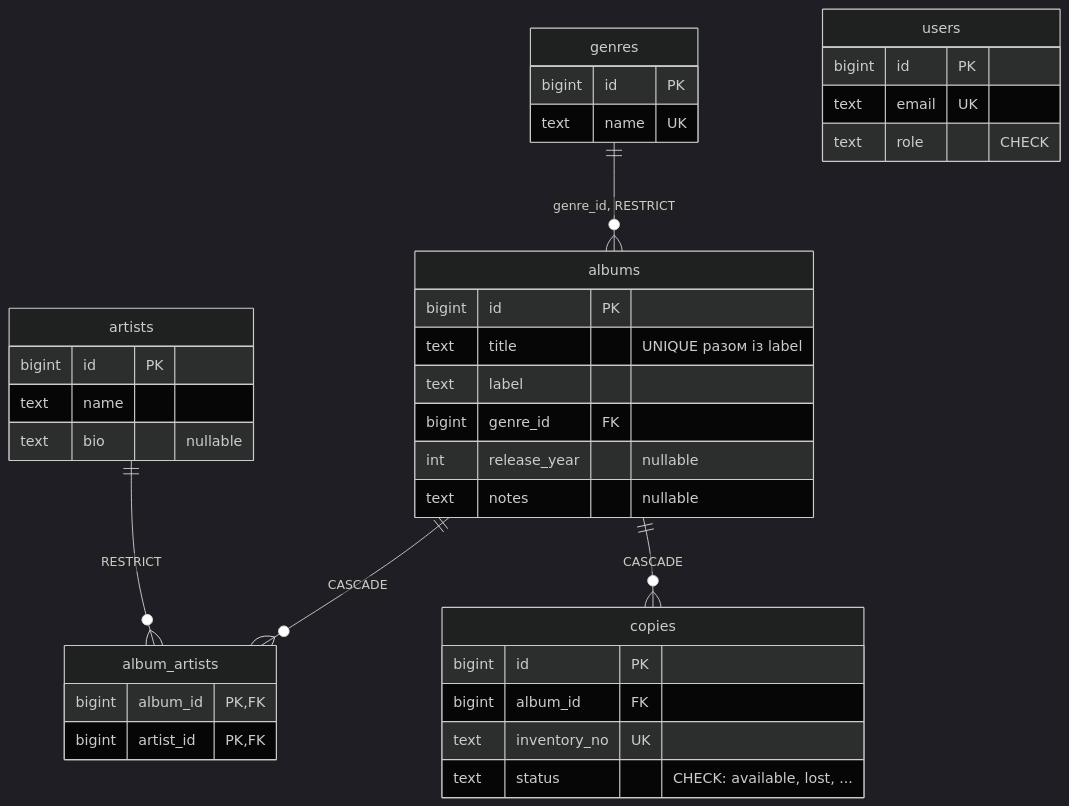
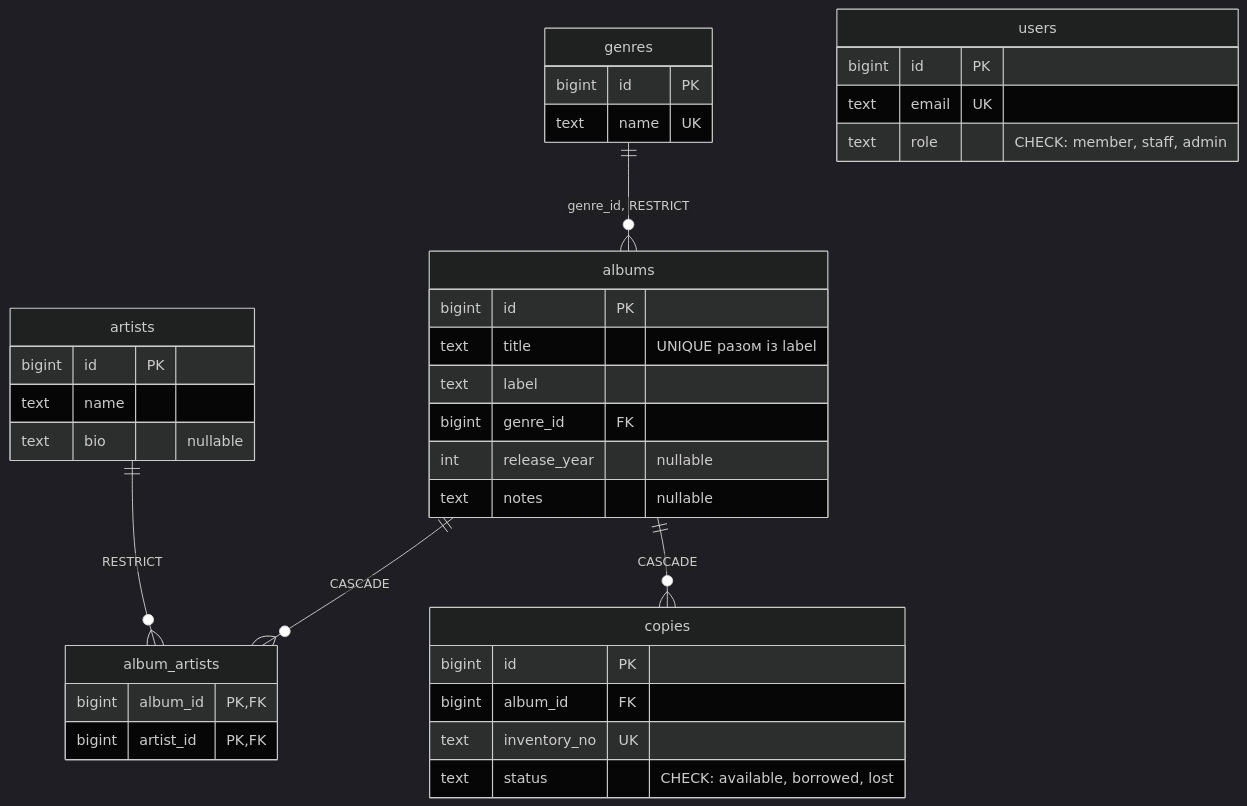
One commit to tatarchuk/golang-course-lesson-14 changed the diagram in README.md. Above: the diagram before and after it, drawn with Mermaid (dark theme). The commit also changed other lines of this file and 2 other files, not shown here.

````diff
--- a/README.md
+++ b/README.md
@@ -230,40 +281,40 @@
 ```mermaid
 erDiagram
     genres ||--o{ albums : "genre_id, RESTRICT"
     albums ||--o{ album_artists : "CASCADE"
     artists ||--o{ album_artists : "RESTRICT"
     albums ||--o{ copies : "CASCADE"
 
     genres {
         bigint id PK
         text name UK
     }
     artists {
         bigint id PK
         text name
         text bio "nullable"
     }
     albums {
         bigint id PK
         text title "UNIQUE разом із label"
         text label
         bigint genre_id FK
         int release_year "nullable"
         text notes "nullable"
     }
     album_artists {
         bigint album_id PK, FK
         bigint artist_id PK, FK
     }
     copies {
         bigint id PK
         bigint album_id FK
         text inventory_no UK
-        text status "CHECK: available, lost, ..."
+        text status "CHECK: available, borrowed, lost"
     }
     users {
         bigint id PK
         text email UK
-        text role "CHECK"
+        text role "CHECK: member, staff, admin"
     }
 ```
````
